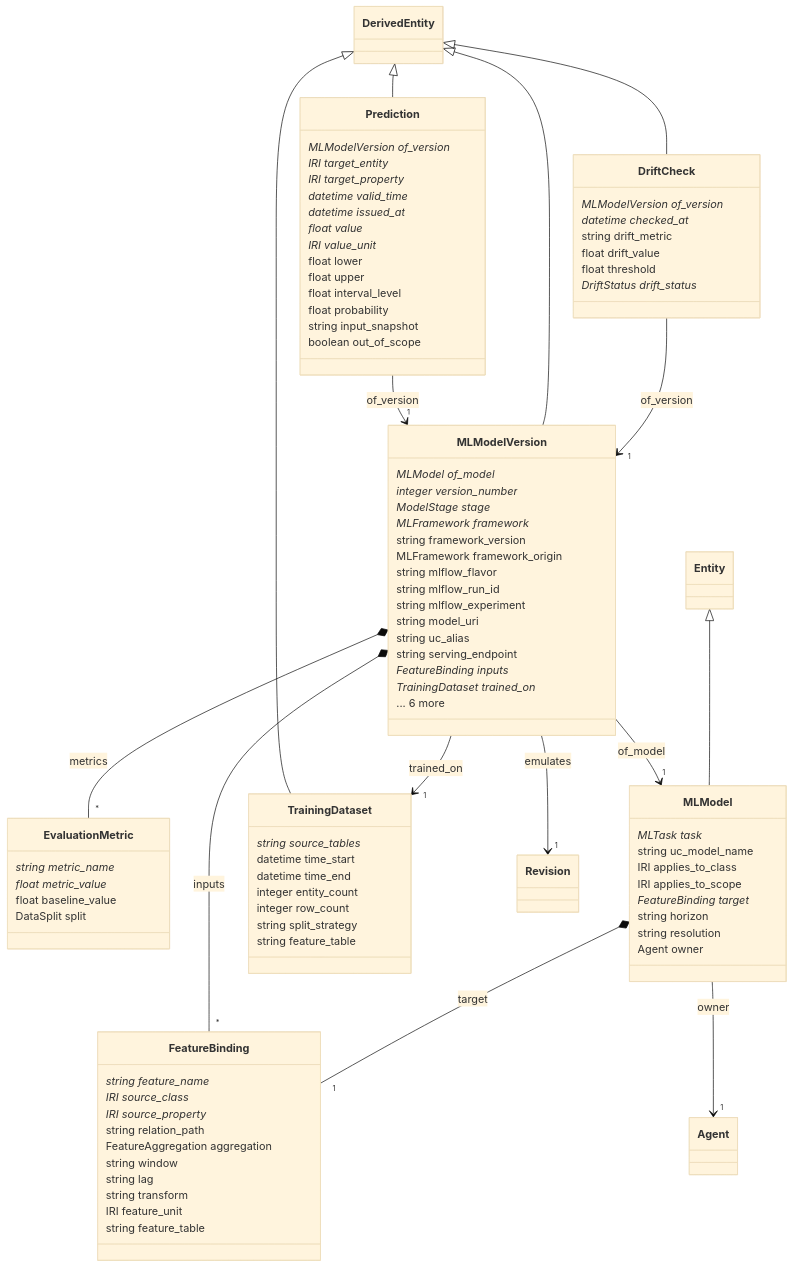
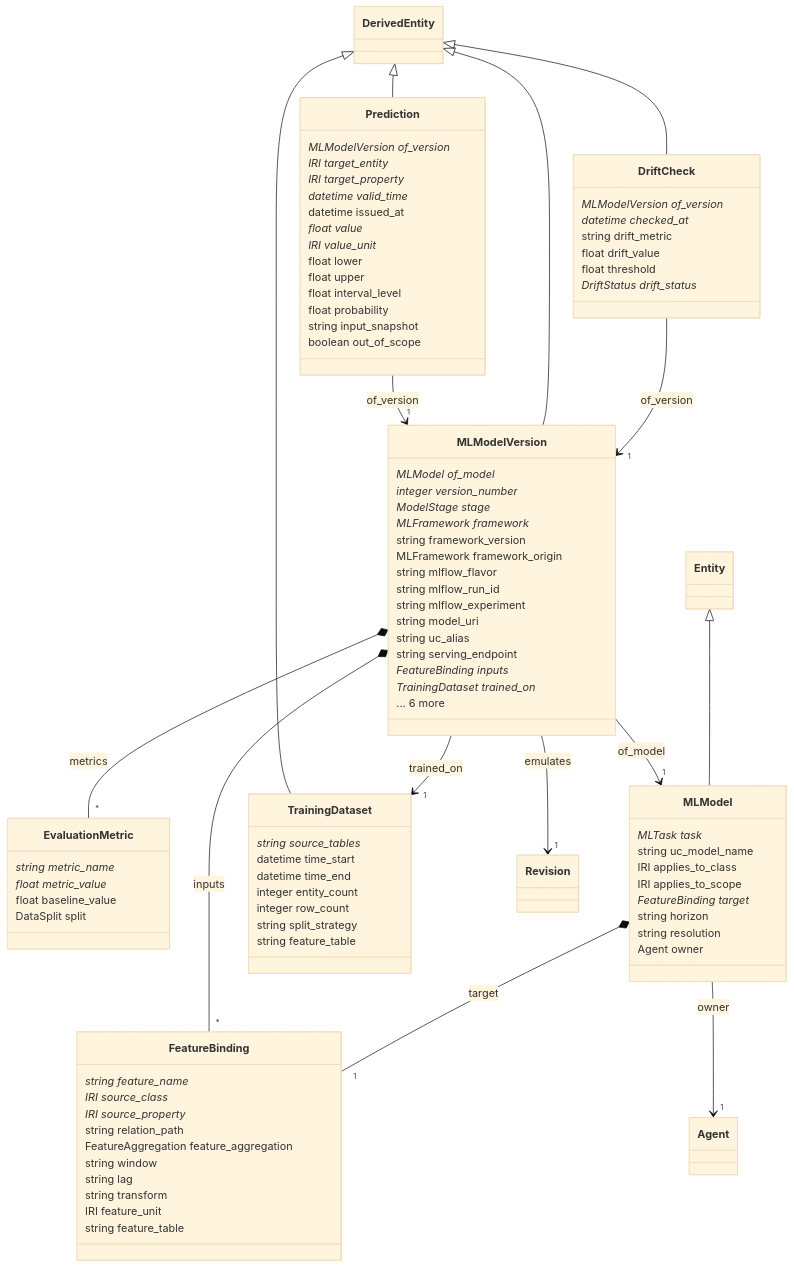
Before and after one commit to HydroCouple/water-ontology: the diagram in docs/diagrams/ml.md, drawn with Mermaid (base theme). The commit also changed 19 other files, not shown here.

```diff
--- a/docs/diagrams/ml.md
+++ b/docs/diagrams/ml.md
@@ -23,7 +23,7 @@
     IRI source_class*
     IRI source_property*
     string relation_path
-    FeatureAggregation aggregation
+    FeatureAggregation feature_aggregation
     string window
     string lag
     string transform
@@ -62,7 +62,7 @@
     IRI target_entity*
     IRI target_property*
     datetime valid_time*
-    datetime issued_at*
+    datetime issued_at
     float value*
     IRI value_unit*
     float lower
```
